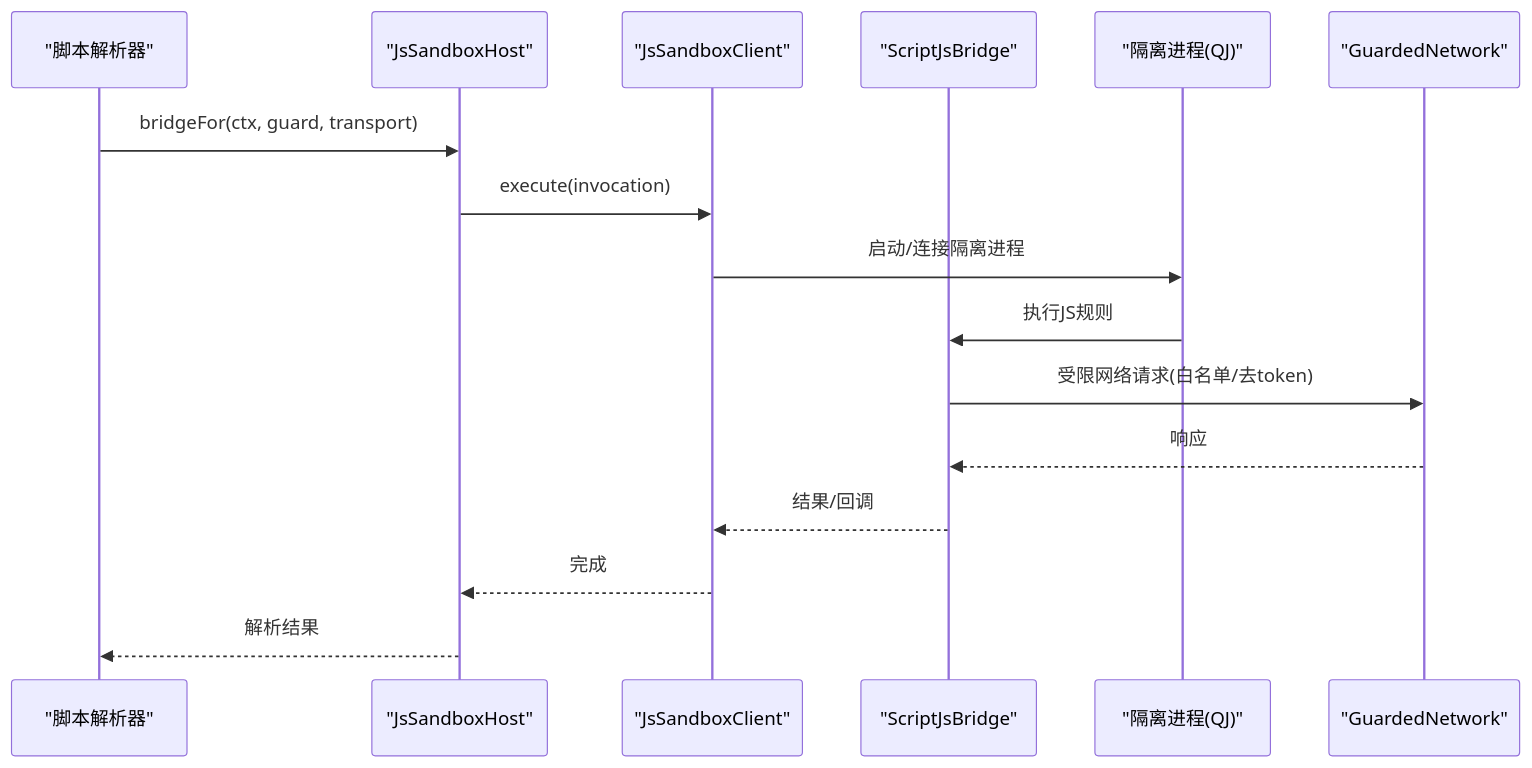
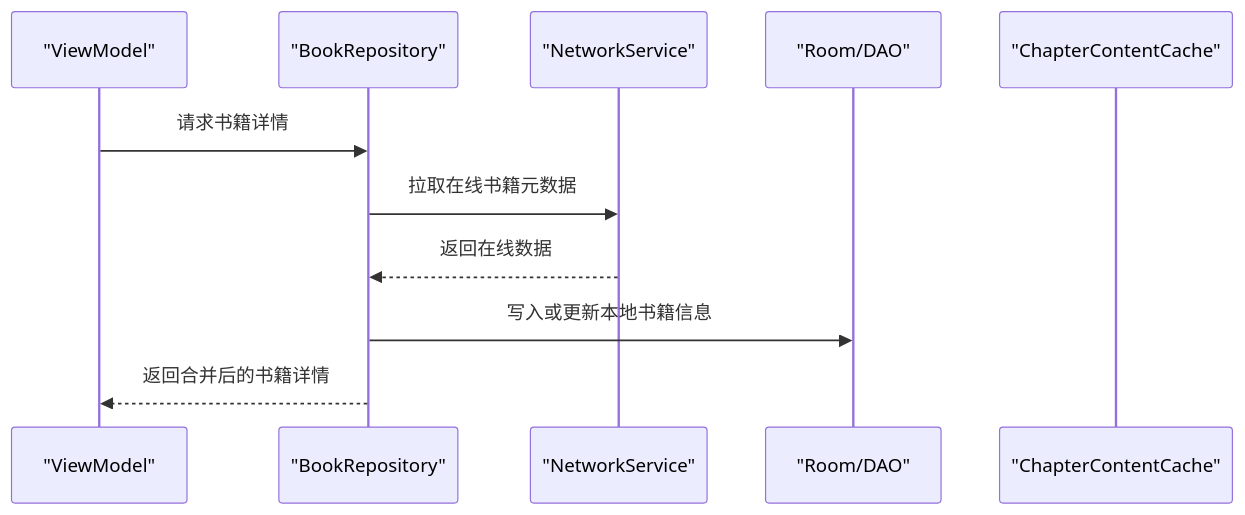
The sixth of 10 diagrams in .qoder/repowiki/zh/content/架构设计/架构设计.md (xrn1997/android-ebook), drawn with Mermaid before and after one commit. The commit also changed other lines of this file and 456 other files, not shown here.

````diff
--- a/.qoder/repowiki/zh/content/架构设计/架构设计.md
+++ b/.qoder/repowiki/zh/content/架构设计/架构设计.md
@@ -273,19 +238,14 @@
 ```mermaid
 sequenceDiagram
-    participant Parser as "脚本解析器"
-    participant Host as "JsSandboxHost"
-    participant Client as "JsSandboxClient"
-    participant Bridge as "ScriptJsBridge"
-    participant Proc as "隔离进程(QJ)"
-    participant Guard as "GuardedNetwork"
+    participant VM as "ViewModel"
+    participant Repo as "BookRepository"
+    participant Net as "NetworkService"
+    participant DB as "Room/DAO"
+    participant Cache as "ChapterContentCache"
 
-    Parser->>Host: bridgeFor(ctx, guard, transport)
-    Host->>Client: execute(invocation)
-    Client->>Proc: 启动/连接隔离进程
-    Proc->>Bridge: 执行JS规则
-    Bridge->>Guard: 受限网络请求(白名单/去token)
-    Guard-->>Bridge: 响应
-    Bridge-->>Client: 结果/回调
-    Client-->>Host: 完成
-    Host-->>Parser: 解析结果
+    VM->>Repo: 请求书籍详情
+    Repo->>Net: 拉取在线书籍元数据
+    Net-->>Repo: 返回在线数据
+    Repo->>DB: 写入或更新本地书籍信息
+    Repo-->>VM: 返回合并后的书籍详情
 ```
````
